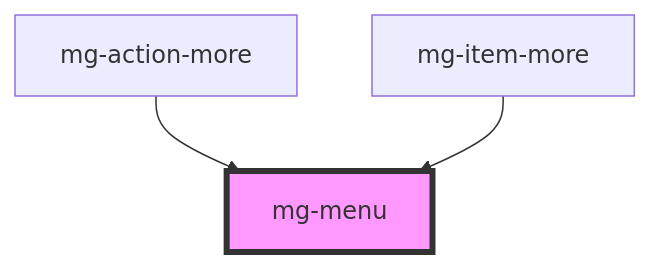
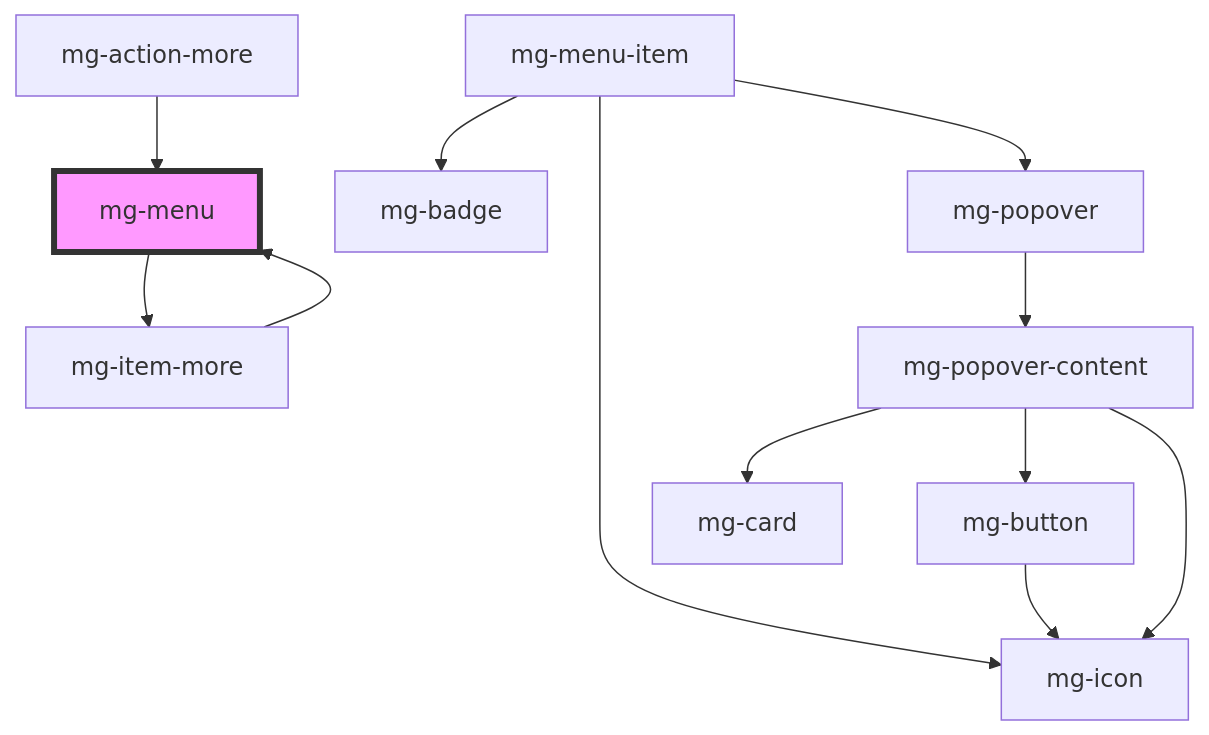
One commit to MGDIS/core-ui changed the diagram in packages/mg-components/src/components/molecules/menu/mg-menu/readme.md. Above: the diagram before and after it, drawn with Mermaid. The commit also changed other lines of this file and 17 other files, not shown here.

````diff
--- a/packages/mg-components/src/components/molecules/menu/mg-menu/readme.md
+++ b/packages/mg-components/src/components/molecules/menu/mg-menu/readme.md
@@ -113,6 +117,15 @@
 ```mermaid
 graph TD;
+  mg-menu --> mg-item-more
+  mg-item-more --> mg-menu
+  mg-menu-item --> mg-badge
+  mg-menu-item --> mg-icon
+  mg-menu-item --> mg-popover
+  mg-popover --> mg-popover-content
+  mg-popover-content --> mg-card
+  mg-popover-content --> mg-button
+  mg-popover-content --> mg-icon
+  mg-button --> mg-icon
   mg-action-more --> mg-menu
-  mg-item-more --> mg-menu
   style mg-menu fill:#f9f,stroke:#333,stroke-width:4px
 ```
````
